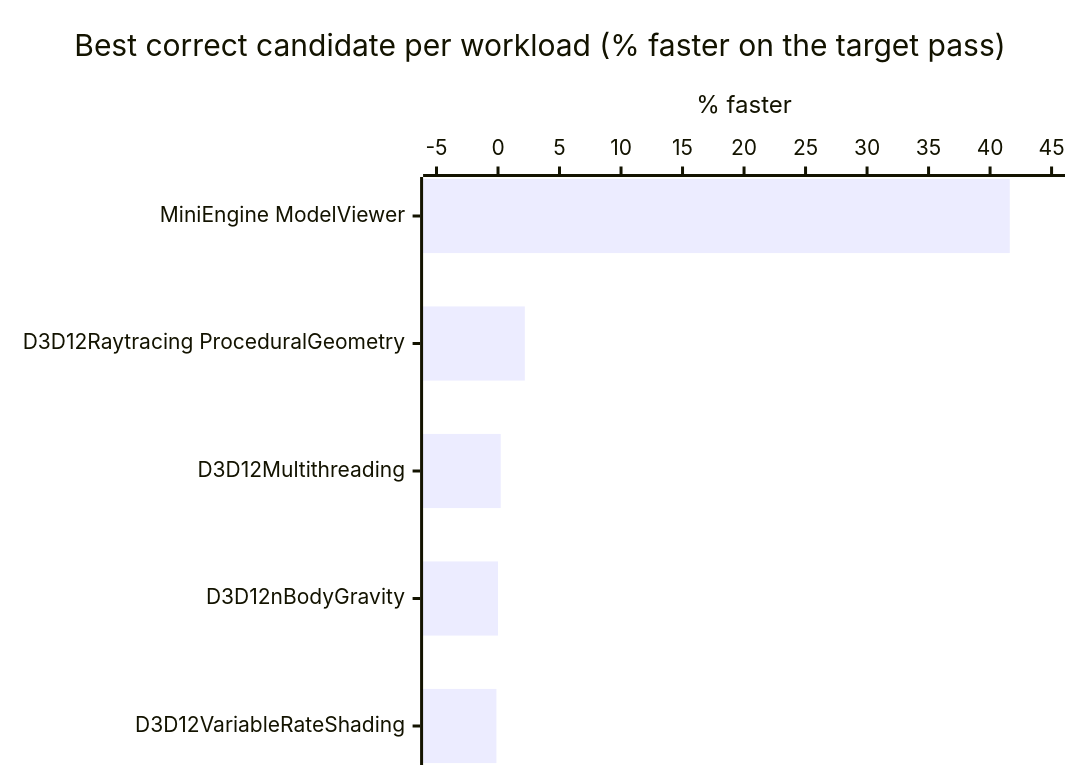
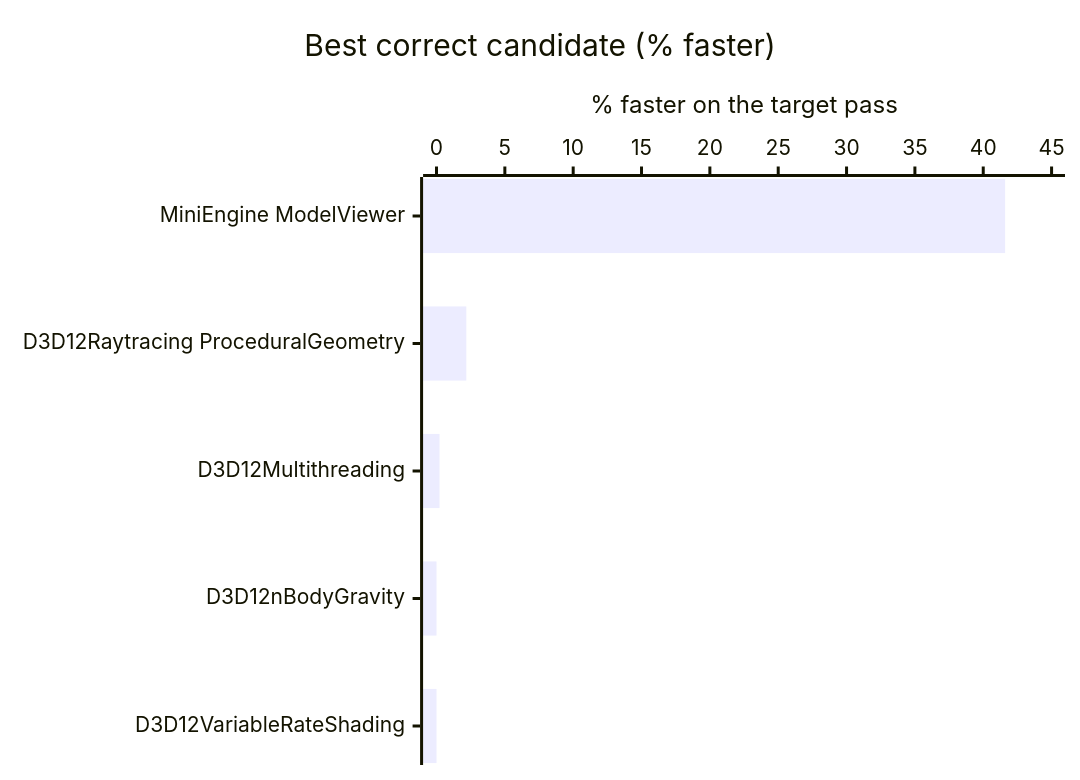
Before and after one commit to PrimeBuild-pc/rdna2-dx12-shader-research: the third of 4 diagrams in README.md, drawn with Mermaid. The commit also changed other lines of this file, not shown here.

Commit message:
README: start chart axis at zero

````diff
--- a/README.md
+++ b/README.md
@@ -90,7 +90,7 @@
 ```mermaid
 xychart-beta horizontal
-    title "Best correct candidate per workload (% faster on the target pass)"
+    title "Best correct candidate (% faster)"
     x-axis ["MiniEngine ModelViewer", "D3D12Raytracing ProceduralGeometry", "D3D12Multithreading", "D3D12nBodyGravity", "D3D12VariableRateShading"]
-    y-axis "% faster" -5 --> 45
-    bar [41.6, 2.18, 0.22, 0.0, -0.13]
+    y-axis "% faster on the target pass" 0 --> 45
+    bar [41.6, 2.18, 0.22, 0, 0]
 ```
````
